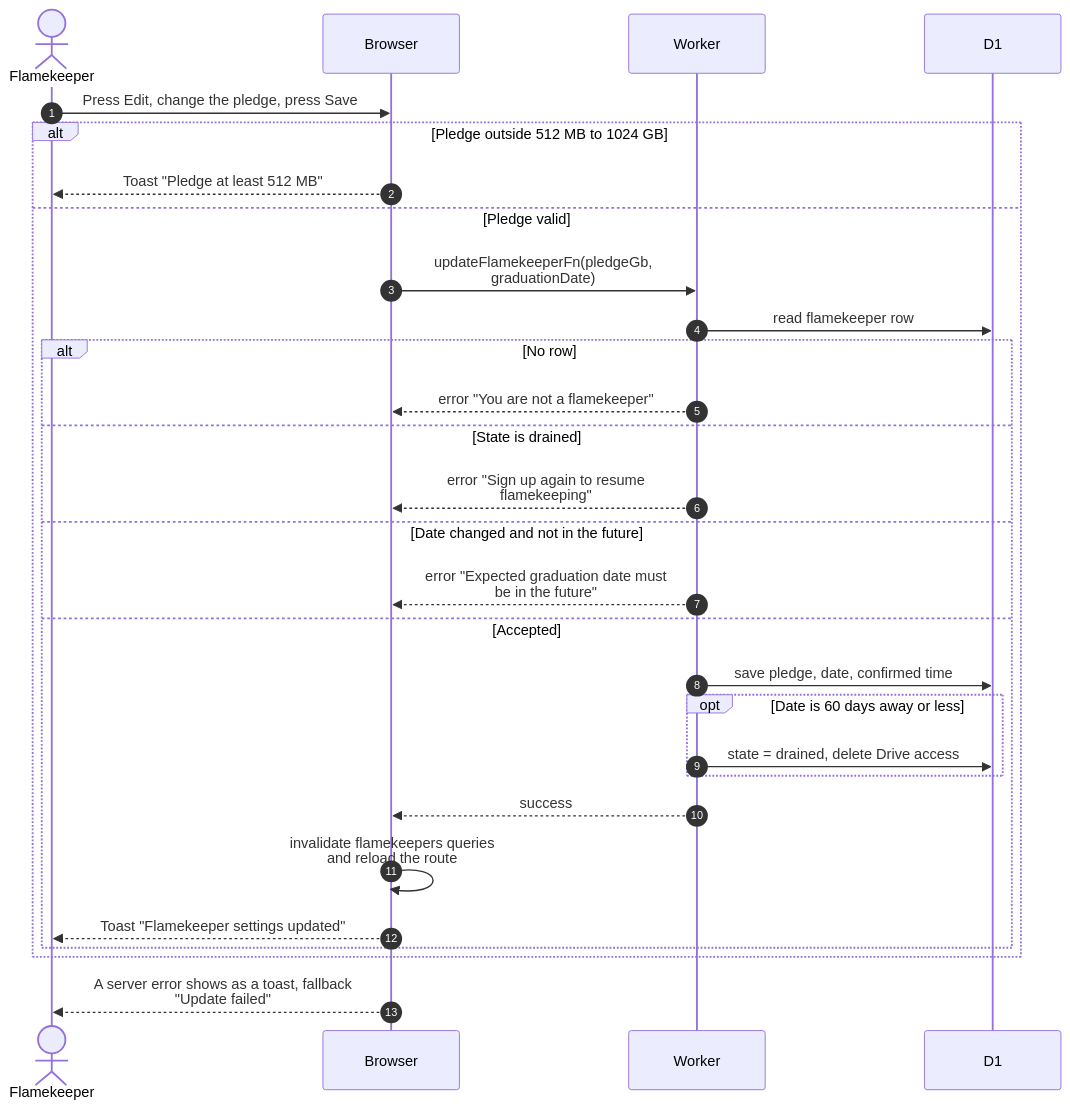
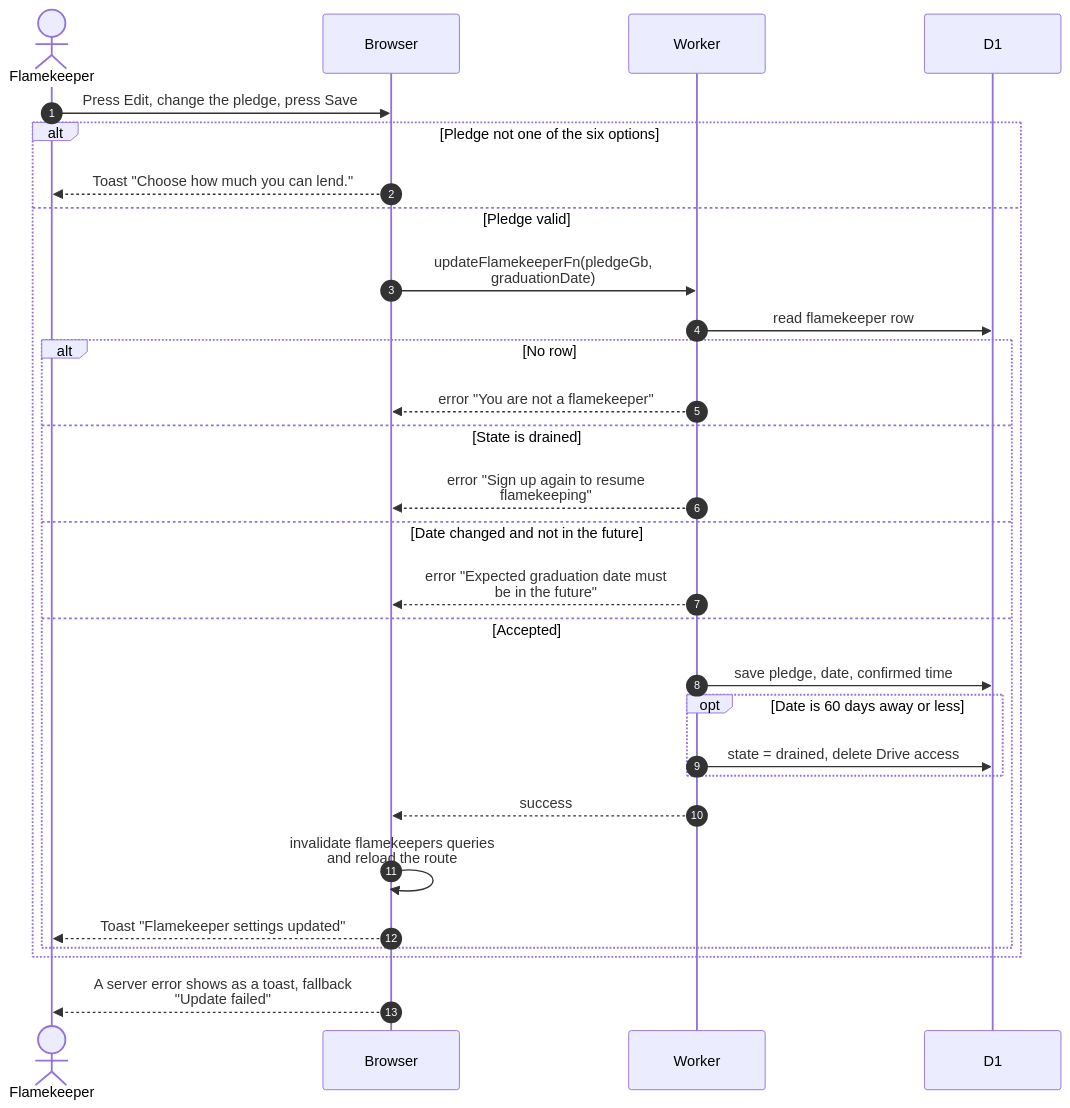
One commit to sagyzdop/meriksirat changed the diagram in docs/scenarios/flamekeepers/change-pledge.md. Above: the diagram before and after it, drawn with Mermaid. The commit also changed other lines of this file and 33 other files, not shown here.

First line of the commit message:
feat(ui): public layout for non-members, pledge options, session invitation

````diff
--- a/docs/scenarios/flamekeepers/change-pledge.md
+++ b/docs/scenarios/flamekeepers/change-pledge.md
@@ -22,31 +22,31 @@
 ```mermaid
 sequenceDiagram
     autonumber
     actor F as Flamekeeper
     participant Browser
     participant Worker
     participant D1
     F->>Browser: Press Edit, change the pledge, press Save
-    alt Pledge outside 512 MB to 1024 GB
-        Browser-->>F: Toast "Pledge at least 512 MB"
+    alt Pledge not one of the six options
+        Browser-->>F: Toast "Choose how much you can lend."
     else Pledge valid
         Browser->>Worker: updateFlamekeeperFn(pledgeGb,<br/>graduationDate)
         Worker->>D1: read flamekeeper row
         alt No row
             Worker-->>Browser: error "You are not a flamekeeper"
         else State is drained
             Worker-->>Browser: error "Sign up again to resume<br/>flamekeeping"
         else Date changed and not in the future
             Worker-->>Browser: error "Expected graduation date must<br/>be in the future"
         else Accepted
             Worker->>D1: save pledge, date, confirmed time
             opt Date is 60 days away or less
                 Worker->>D1: state = drained, delete Drive access
             end
             Worker-->>Browser: success
             Browser->>Browser: invalidate flamekeepers queries<br/>and reload the route
             Browser-->>F: Toast "Flamekeeper settings updated"
         end
     end
     Browser-->>F: A server error shows as a toast, fallback<br/>"Update failed"
 ```
````
